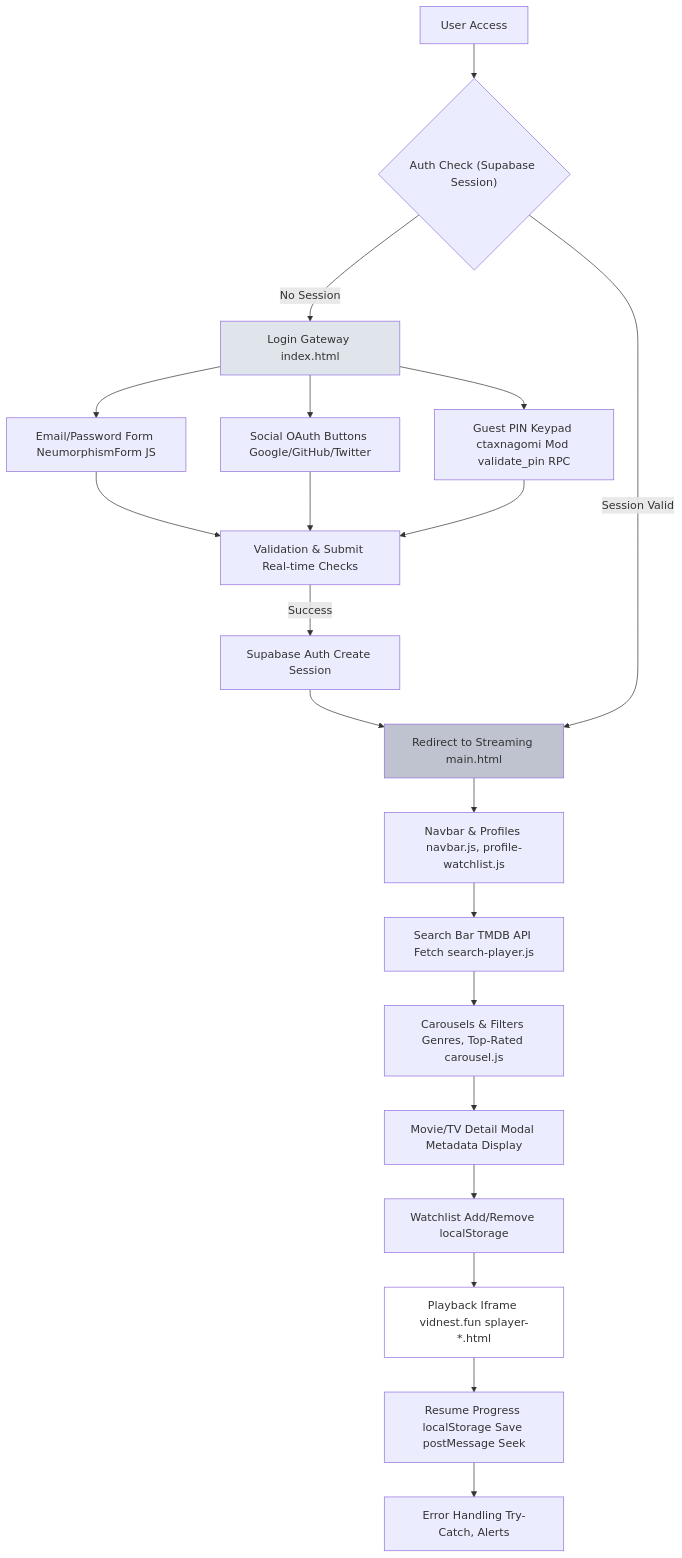
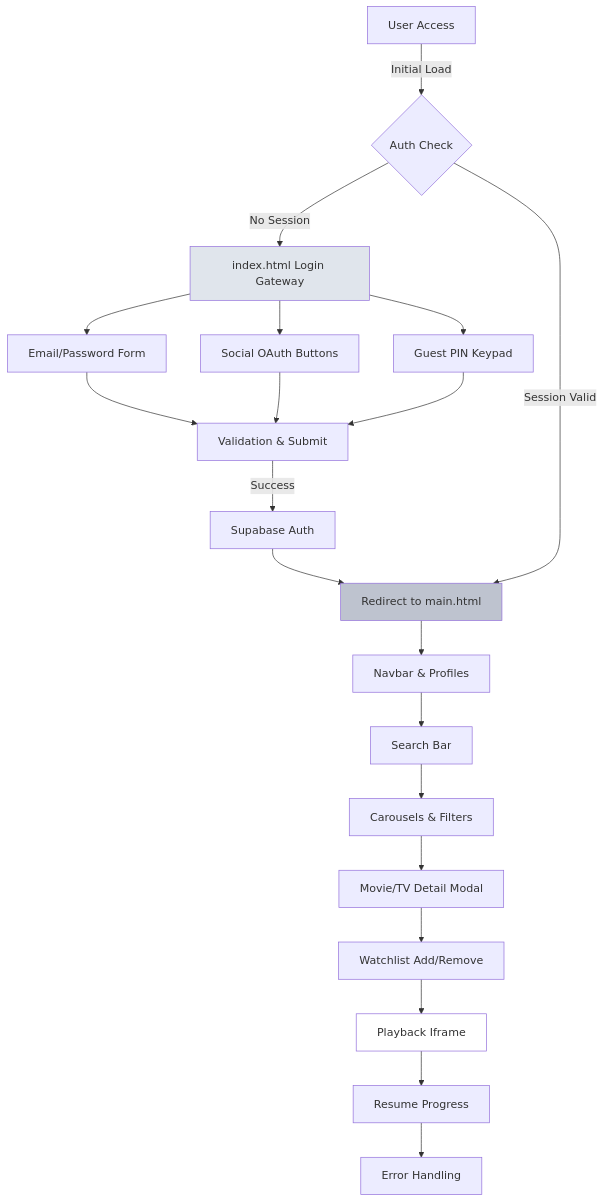
Before and after one commit to ctaxnagomi/WSP-maindev-v.2.18.0: the first of 2 diagrams in README.md, drawn with Mermaid. The commit also changed other lines of this file, not shown here.

Commit message:
Simplify and clarify Mermaid diagrams in README
Updated the Mermaid diagrams in the README to use shorter, clearer node labels and streamlined flow descriptions. This improves readability and makes the authentication and development workflow diagrams easier to understand.

````diff
--- a/README.md
+++ b/README.md
@@ -90,25 +90,25 @@
 ```mermaid
 graph TD
-    A[User Access] --> B{"Auth Check (Supabase Session)"}
-    B -->|No Session| C["Login Gateway index.html"]
-    C --> D["Email/Password Form NeumorphismForm JS"]
-    C --> E["Social OAuth Buttons Google/GitHub/Twitter"]
-    C --> F["Guest PIN Keypad ctaxnagomi Mod validate_pin RPC"]
-    D --> G["Validation & Submit Real-time Checks"]
+    A[User Access] -->|Initial Load| B{Auth Check}
+    B -->|No Session| C[index.html Login Gateway]
+    C --> D[Email/Password Form]
+    C --> E[Social OAuth Buttons]
+    C --> F[Guest PIN Keypad]
+    D --> G[Validation & Submit]
     E --> G
     F --> G
-    G -->|Success| H["Supabase Auth Create Session"]
-    H --> I["Redirect to Streaming main.html"]
+    G -->|Success| H[Supabase Auth]
+    H --> I[Redirect to main.html]
     B -->|Session Valid| I
-    I --> J["Navbar & Profiles navbar.js, profile-watchlist.js"]
-    J --> K["Search Bar TMDB API Fetch search-player.js"]
-    K --> L["Carousels & Filters Genres, Top-Rated carousel.js"]
-    L --> M["Movie/TV Detail Modal Metadata Display"]
-    M --> N["Watchlist Add/Remove localStorage"]
-    N --> O["Playback Iframe vidnest.fun splayer-*.html"]
-    O --> P["Resume Progress localStorage Save postMessage Seek"]
-    P --> Q["Error Handling Try-Catch, Alerts"]
+    I --> J[Navbar & Profiles]
+    J --> K[Search Bar]
+    K --> L[Carousels & Filters]
+    L --> M[Movie/TV Detail Modal]
+    M --> N[Watchlist Add/Remove]
+    N --> O[Playback Iframe]
+    O --> P[Resume Progress]
+    P --> Q[Error Handling]
     style C fill:#e0e5ec
     style I fill:#bec3cf
     style O fill:#ffffff
 ```
````
